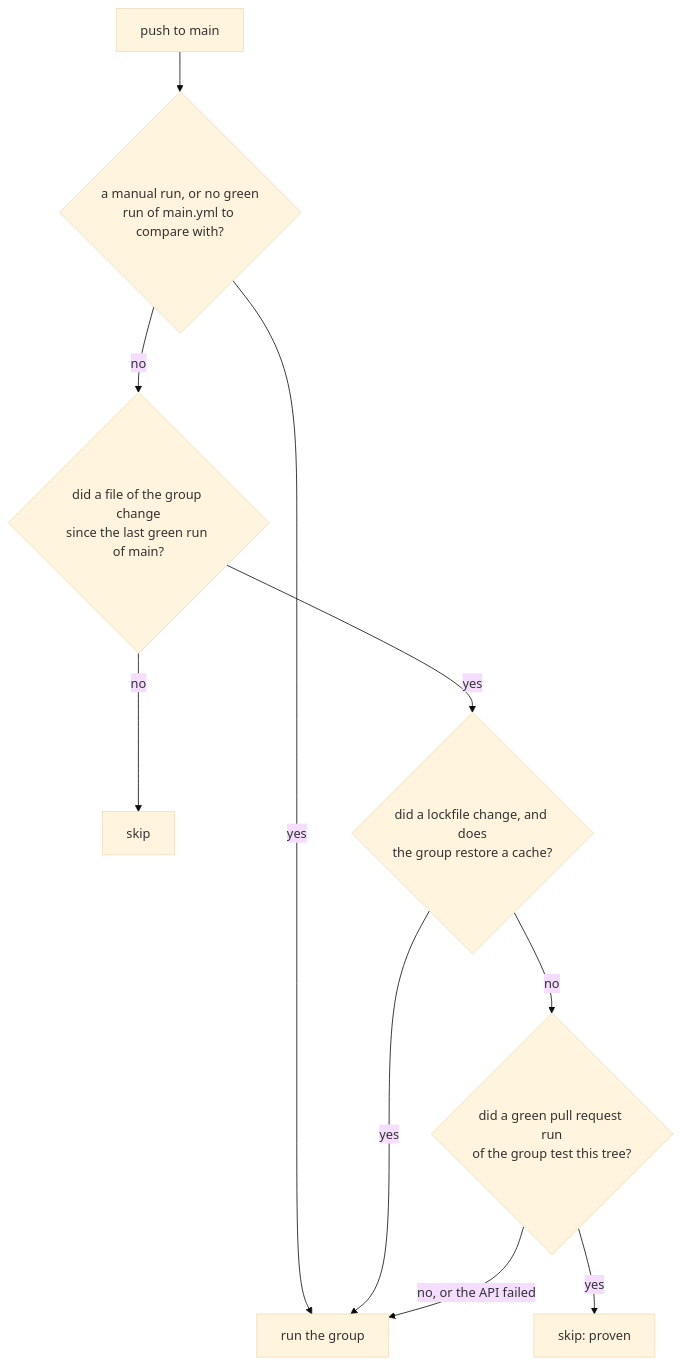
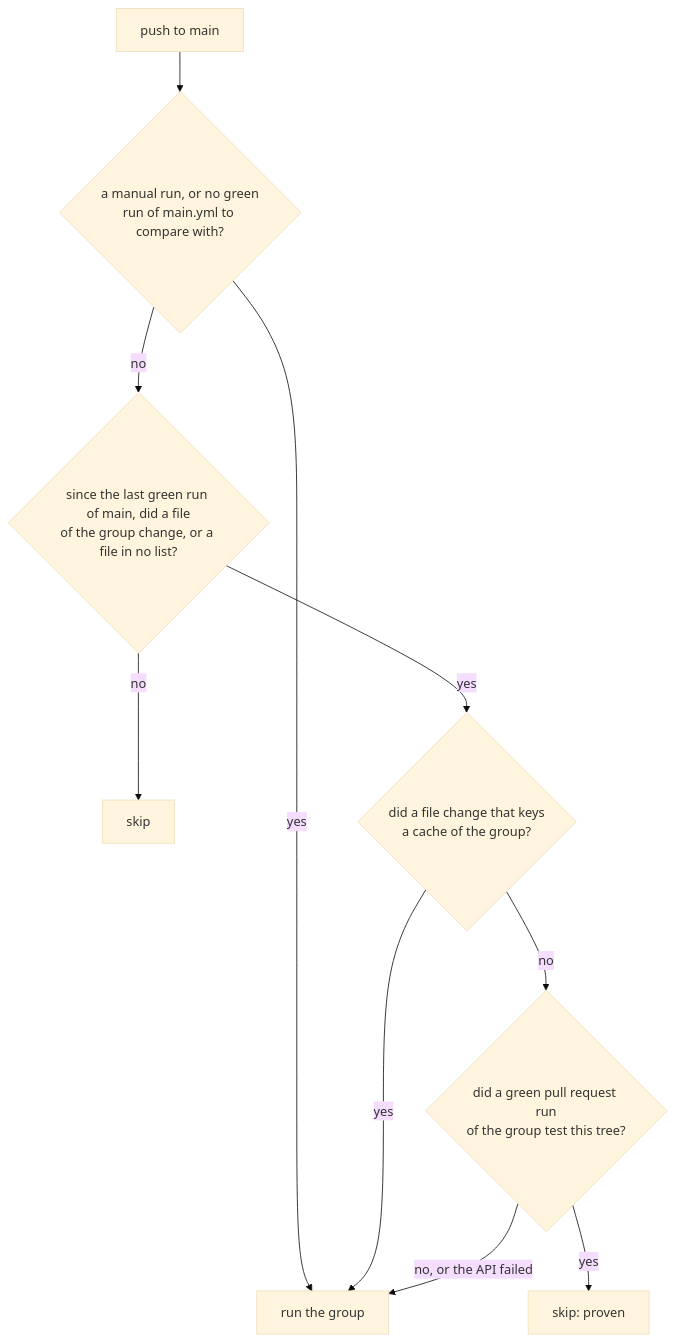
The diagram in docs/learn/53-fewer-minutes-of-ci.md (herman72/unshelve), drawn with Mermaid (base theme) before and after one commit. The commit also changed other lines of this file and 2 other files, not shown here.

Commit message:
docs: note 53 and ADR 0017 after the first run of the gate

````diff
--- a/docs/learn/53-fewer-minutes-of-ci.md
+++ b/docs/learn/53-fewer-minutes-of-ci.md
@@ -89,12 +91,12 @@
 ```mermaid
 flowchart TD
     P["push to main"] --> M{"a manual run, or no green<br/>run of main.yml to compare with?"}
     M -->|"yes"| R["run the group"]
-    M -->|"no"| F{"did a file of the group change<br/>since the last green run of main?"}
+    M -->|"no"| F{"since the last green run of main, did a file<br/>of the group change, or a file in no list?"}
     F -->|"no"| S["skip"]
-    F -->|"yes"| L{"did a lockfile change, and does<br/>the group restore a cache?"}
+    F -->|"yes"| L{"did a file change that keys<br/>a cache of the group?"}
     L -->|"yes"| R
     L -->|"no"| T{"did a green pull request run<br/>of the group test this tree?"}
     T -->|"yes"| S2["skip: proven"]
     T -->|"no, or the API failed"| R
 ```
````
